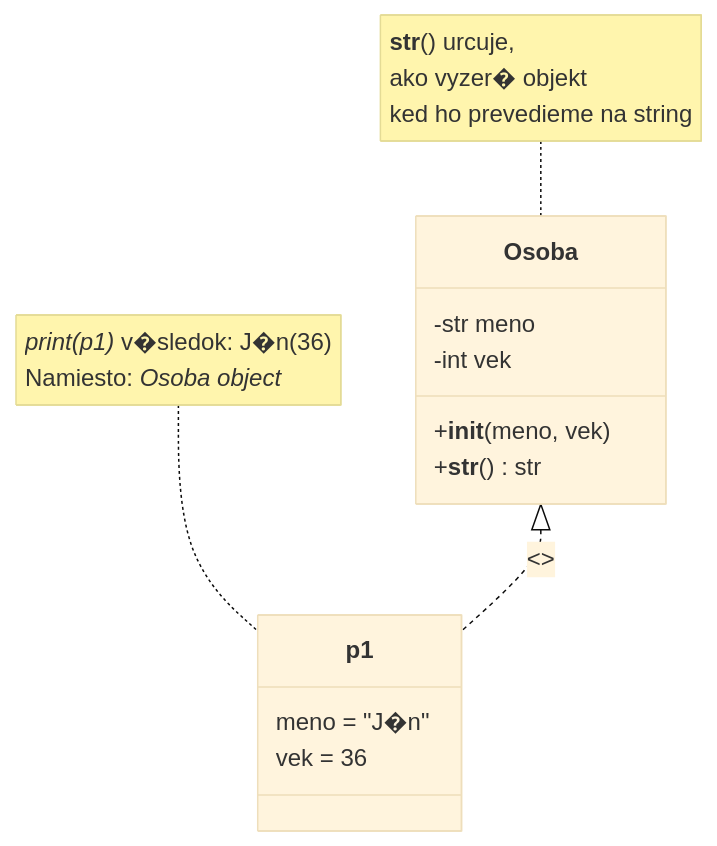
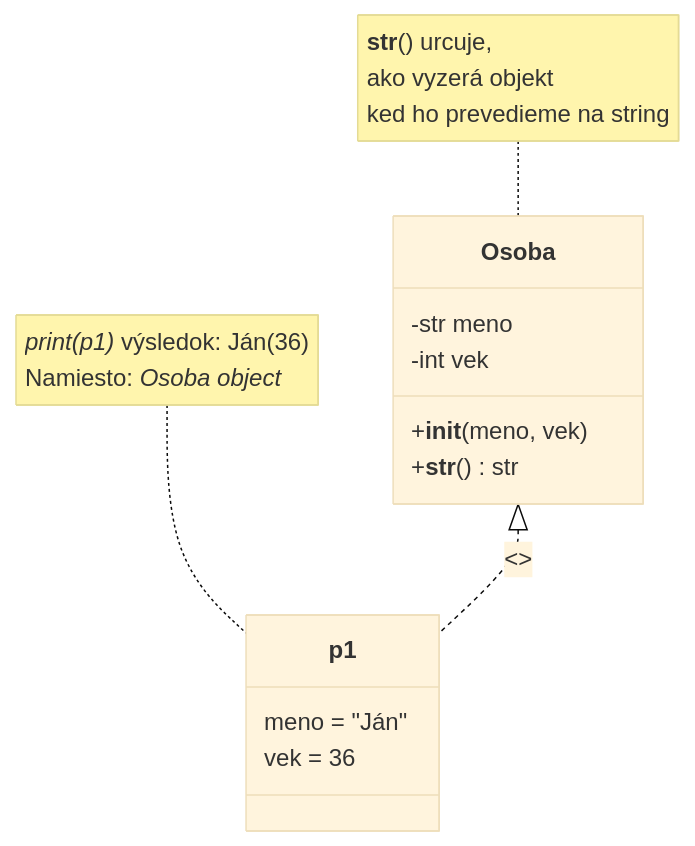
The third of 3 diagrams in Lessons_sk/13_classes_1_sk.md (SpsKnSK/api), drawn with Mermaid (base theme) before and after one commit. The commit also changed other lines of this file, not shown here.

````diff
--- a/Lessons_sk/13_classes_1_sk.md
+++ b/Lessons_sk/13_classes_1_sk.md
@@ -185,19 +185,19 @@
 ```mermaid
 classDiagram
     class Osoba {
         -str meno
         -int vek
         +__init__(meno, vek)
         +__str__() str
     }
     
     class p1 {
-        meno = "J�n"
+        meno = "Ján"
         vek = 36
     }
     
     Osoba <|.. p1 : <<instance>>
     
-    note for Osoba "__str__() urcuje,</br>ako vyzer� objekt</br>ked ho prevedieme na string"
-    note for p1 "*print(p1)* v�sledok: J�n(36)</br> Namiesto: *Osoba object*"
+    note for Osoba "__str__() urcuje,</br>ako vyzerá objekt</br>ked ho prevedieme na string"
+    note for p1 "*print(p1)* výsledok: Ján(36)</br> Namiesto: *Osoba object*"
 ```
````
